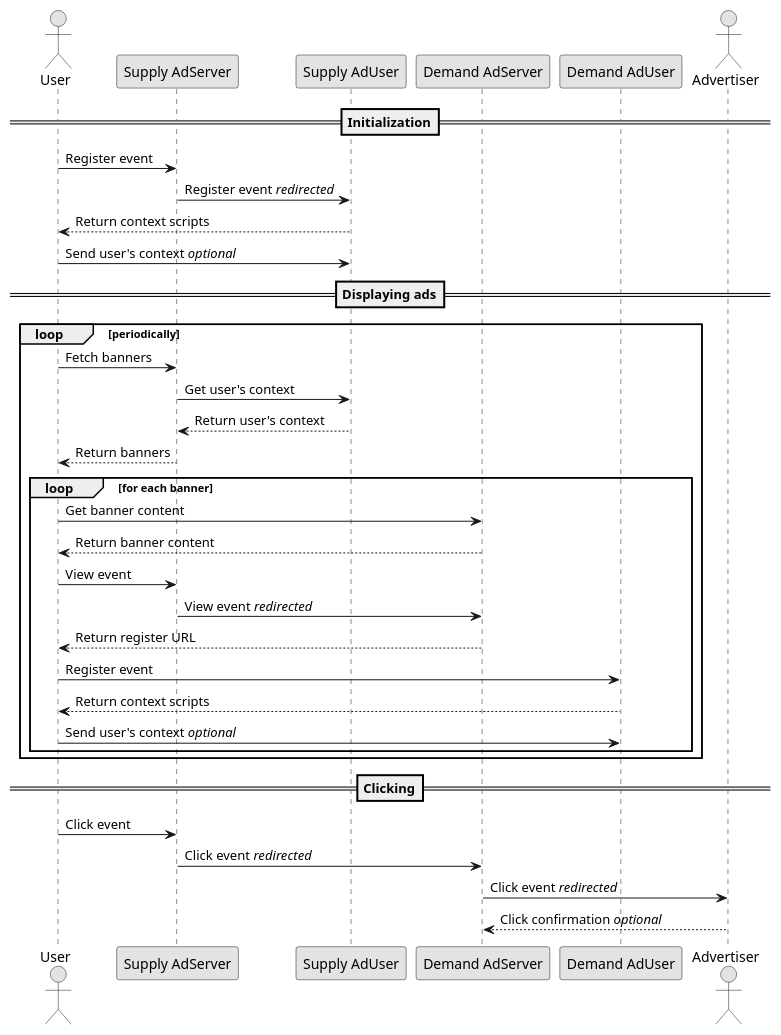
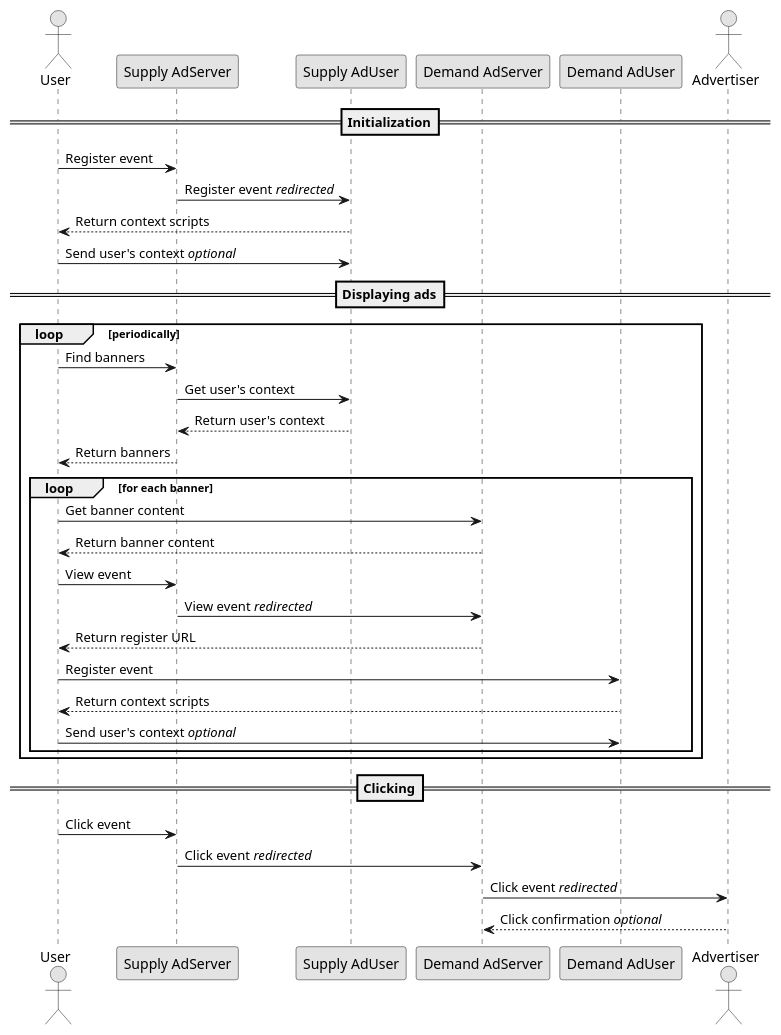
The diagram in protocol/impressions/index.rst (adshares/adshares-docs), drawn with PlantUML before and after one commit. The commit also changed 3 other files, not shown here.

```diff
--- a/protocol/impressions/index.rst
+++ b/protocol/impressions/index.rst
@@ -10,46 +10,46 @@
 .. uml::
     :align: center
 
     skinparam monochrome true
 
     actor       "User"              as user
     participant "Supply AdServer"   as supplyServer
     participant "Supply AdUser"     as supplyUser
     participant "Demand AdServer"   as demandServer
     participant "Demand AdUser"     as demandUser
     actor       "Advertiser"        as advertiser
 
     ==Initialization==
 
     user -> supplyServer : Register event
     supplyServer -> supplyUser : Register event //redirected//
     supplyUser --> user: Return context scripts
     user -> supplyUser: Send user's context //optional//
 
     ==Displaying ads==
 
     loop periodically
-        user -> supplyServer : Fetch banners
+        user -> supplyServer : Find banners
         supplyServer -> supplyUser : Get user's context
         supplyUser --> supplyServer : Return user's context
         supplyServer --> user : Return banners
 
         loop for each banner
             user -> demandServer : Get banner content
             demandServer --> user : Return banner content
 
             user -> supplyServer : View event
             supplyServer -> demandServer: View event //redirected//
             demandServer --> user: Return register URL
             user -> demandUser : Register event
             demandUser --> user: Return context scripts
             user -> demandUser: Send user's context //optional//
         end
     end
 
     ==Clicking==
 
     user -> supplyServer : Click event
     supplyServer -> demandServer : Click event //redirected//
     demandServer -> advertiser : Click event //redirected//
     advertiser --> demandServer: Click confirmation //optional//
```
